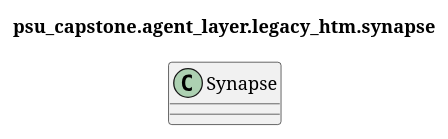
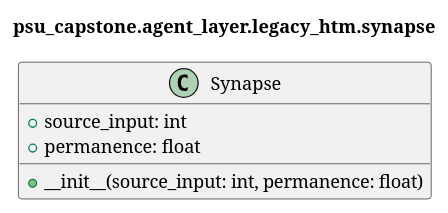
The diagram in docs/puml/psu_capstone/agent_layer/legacy_htm/synapse.puml (egrembocki/htmrl), drawn with PlantUML before and after one commit. The commit also changed 21 other files, not shown here.

Commit message:
Update UML diagrams with attributes and methods

```diff
--- a/docs/puml/psu_capstone/agent_layer/legacy_htm/synapse.puml
+++ b/docs/puml/psu_capstone/agent_layer/legacy_htm/synapse.puml
@@ -1,7 +1,11 @@
 @startuml
 
 title psu_capstone.agent_layer.legacy_htm.synapse
 
-class Synapse
+class Synapse {
+  +source_input: int
+  +permanence: float
+  +__init__(source_input: int, permanence: float)
+}
 
 @enduml
```
